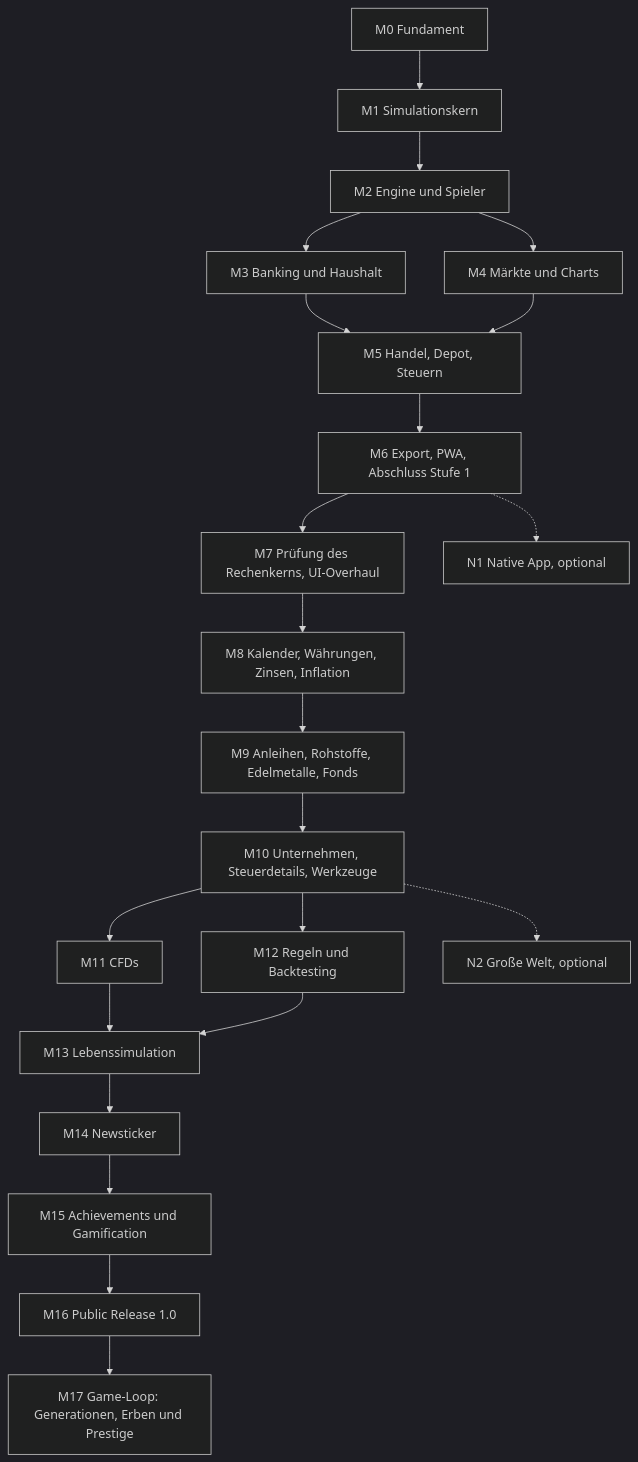
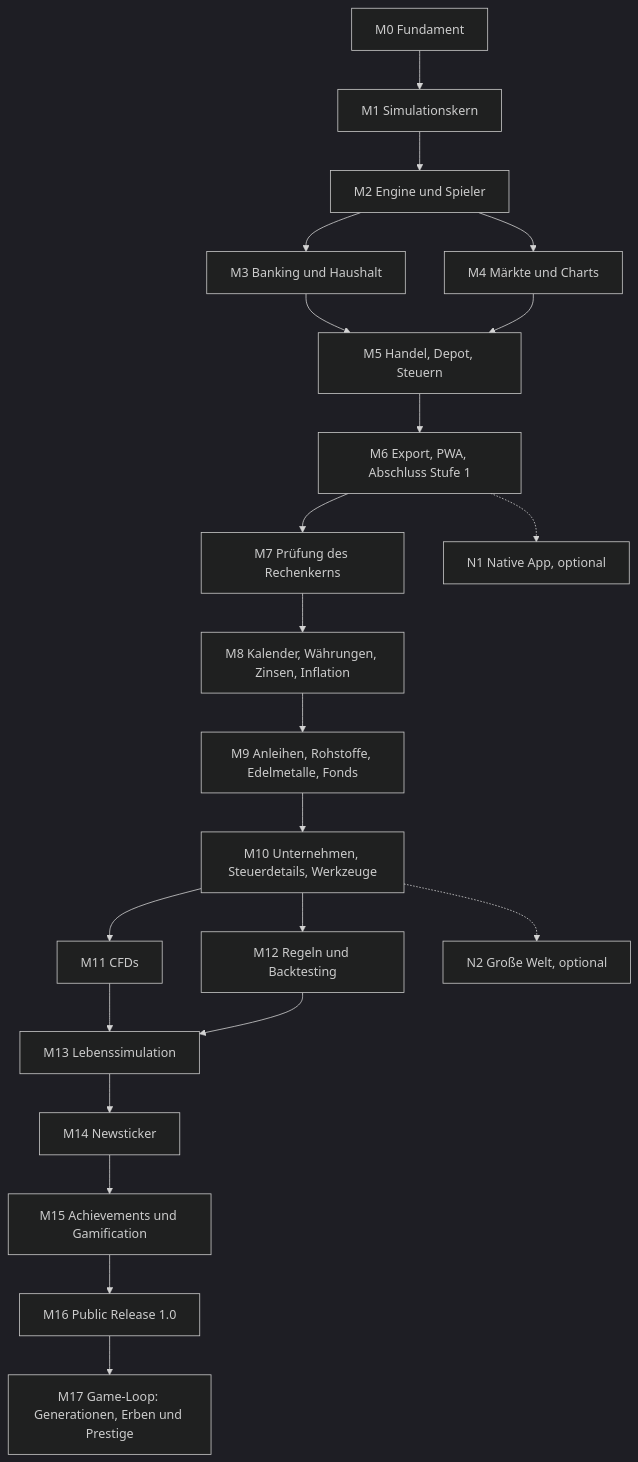
Before and after one commit to algoristic/PortfoliGo: the first of 3 diagrams in docs/projektplan.md, drawn with Mermaid (dark theme). The commit also changed other lines of this file and 30 other files, not shown here.

````diff
--- a/docs/projektplan.md
+++ b/docs/projektplan.md
@@ -23,24 +23,24 @@
 ```mermaid
 flowchart TD
   M0[M0 Fundament] --> M1[M1 Simulationskern]
   M1 --> M2[M2 Engine und Spieler]
   M2 --> M3[M3 Banking und Haushalt]
   M2 --> M4[M4 Märkte und Charts]
   M3 --> M5[M5 Handel, Depot, Steuern]
   M4 --> M5
   M5 --> M6[M6 Export, PWA, Abschluss Stufe 1]
-  M6 --> M7[M7 Prüfung des Rechenkerns, UI-Overhaul]
+  M6 --> M7[M7 Prüfung des Rechenkerns]
   M7 --> M8[M8 Kalender, Währungen, Zinsen, Inflation]
   M8 --> M9[M9 Anleihen, Rohstoffe, Edelmetalle, Fonds]
   M9 --> M10[M10 Unternehmen, Steuerdetails, Werkzeuge]
   M10 --> M11[M11 CFDs]
   M10 --> M12[M12 Regeln und Backtesting]
   M11 --> M13[M13 Lebenssimulation]
   M12 --> M13
   M13 --> M14[M14 Newsticker]
   M14 --> M15[M15 Achievements und Gamification]
   M15 --> M16[M16 Public Release 1.0]
   M16 --> M17[M17 Game-Loop: Generationen, Erben und Prestige]
   M6 -.-> N1[N1 Native App, optional]
   M10 -.-> N2[N2 Große Welt, optional]
 ```
````
